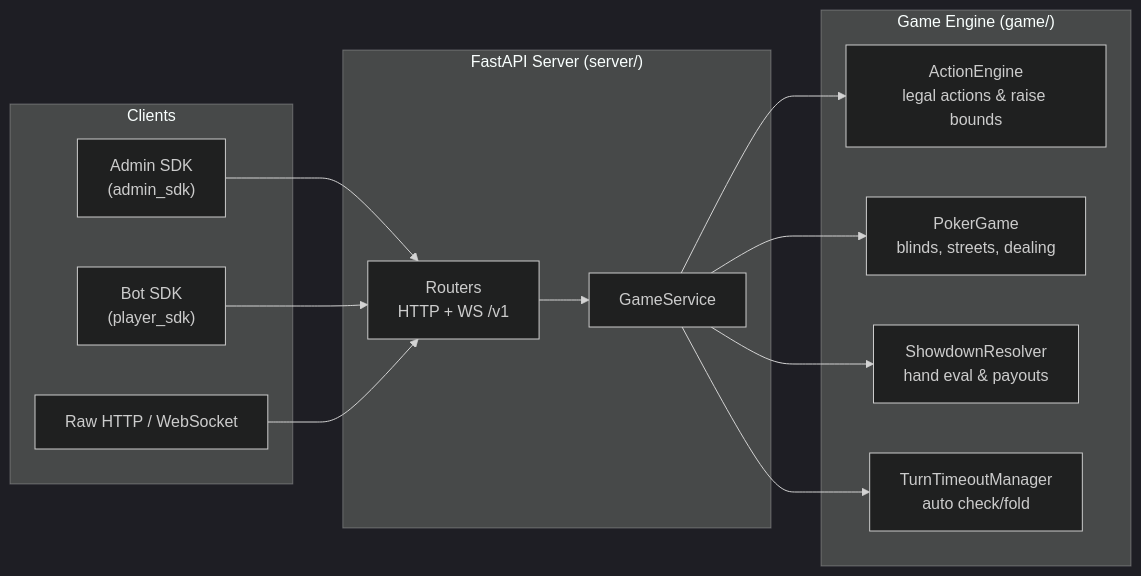
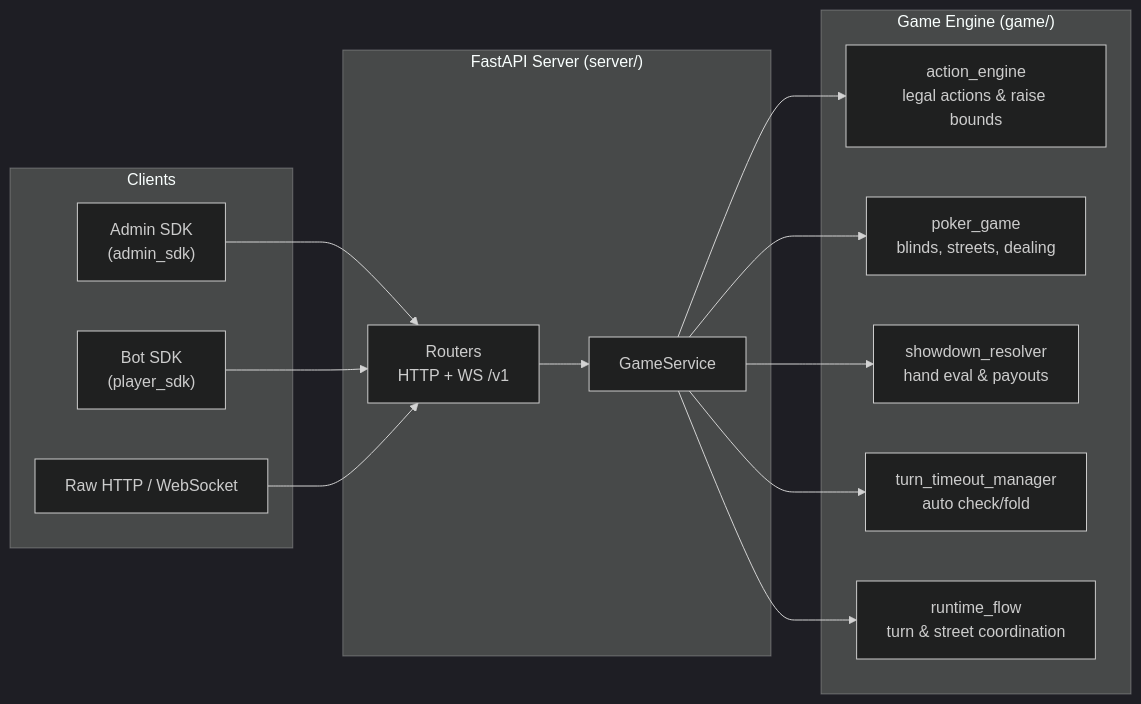
Before and after one commit to Manchester-AI-Society/poker_bot_infrastructure: the diagram in README.md, drawn with Mermaid (dark theme). The commit also changed other lines of this file, not shown here.

````diff
--- a/README.md
+++ b/README.md
@@ -50,29 +50,31 @@
 ```mermaid
 flowchart LR
     subgraph Clients
         A["Admin SDK<br/>(admin_sdk)"]
         B["Bot SDK<br/>(player_sdk)"]
         C["Raw HTTP / WebSocket"]
     end
 
     subgraph Server["FastAPI Server (server/)"]
         R["Routers<br/>HTTP + WS /v1"]
         S["GameService"]
     end
 
     subgraph Engine["Game Engine (game/)"]
-        E1["ActionEngine<br/>legal actions & raise bounds"]
-        E2["PokerGame<br/>blinds, streets, dealing"]
-        E3["ShowdownResolver<br/>hand eval & payouts"]
-        E4["TurnTimeoutManager<br/>auto check/fold"]
+        E1["action_engine<br/>legal actions & raise bounds"]
+        E2["poker_game<br/>blinds, streets, dealing"]
+        E3["showdown_resolver<br/>hand eval & payouts"]
+        E4["turn_timeout_manager<br/>auto check/fold"]
+        E5["runtime_flow<br/>turn & street coordination"]
     end
 
     A --> R
     B --> R
     C --> R
     R --> S
     S --> E1
     S --> E2
     S --> E3
     S --> E4
+    S --> E5
 ```
````
